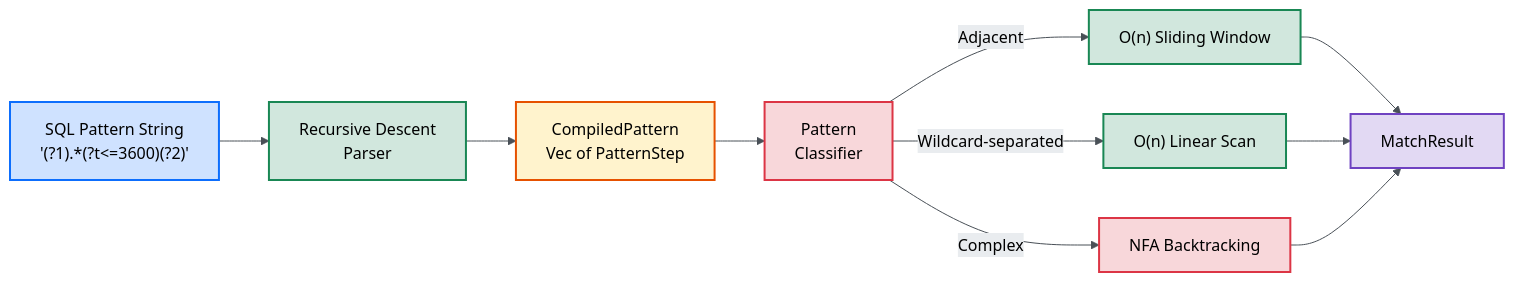
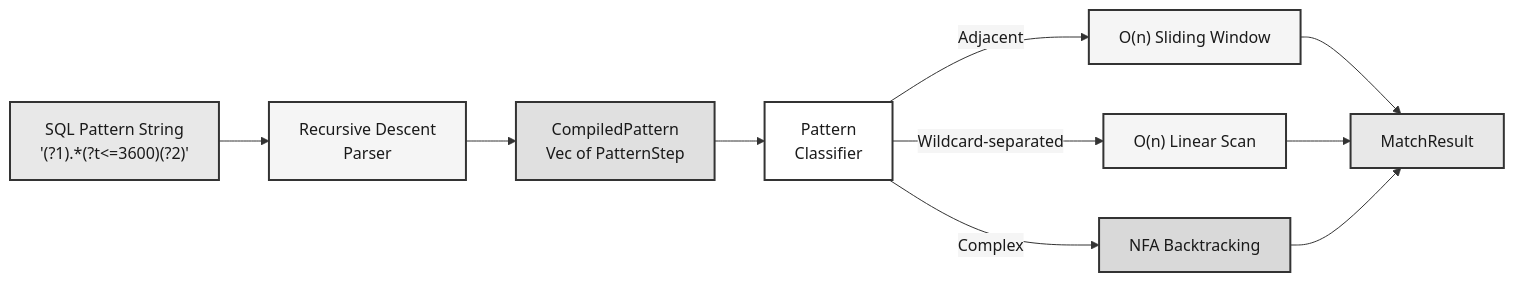
One commit to tomtom215/duckdb-behavioral changed the first of 2 diagrams in docs/src/internals/architecture.md. Above: the diagram before and after it, drawn with Mermaid. The commit also changed other lines of this file and 16 other files, not shown here.

First line of the commit message:
Enterprise quality: 23 new tests (411→434), Mermaid grayscale, doc updates

````diff
--- a/docs/src/internals/architecture.md
+++ b/docs/src/internals/architecture.md
@@ -120,27 +120,27 @@
 ```mermaid
-%%{init: {'theme': 'base', 'themeVariables': {'primaryColor': '#f8f9fa', 'primaryTextColor': '#000000', 'primaryBorderColor': '#495057', 'lineColor': '#495057', 'secondaryColor': '#e9ecef', 'tertiaryColor': '#dee2e6', 'textColor': '#000000'}}}%%
+%%{init: {'theme': 'base', 'themeVariables': {'primaryColor': '#ffffff', 'primaryTextColor': '#1a1a1a', 'primaryBorderColor': '#333333', 'lineColor': '#333333', 'secondaryColor': '#f5f5f5', 'tertiaryColor': '#e0e0e0', 'textColor': '#1a1a1a'}}}%%
 flowchart LR
     SQL["SQL Pattern String<br/>'(?1).*(?t<=3600)(?2)'"]
     PARSE["Recursive Descent<br/>Parser"]
     CP["CompiledPattern<br/>Vec of PatternStep"]
     CLASS["Pattern<br/>Classifier"]
 
     SQL --> PARSE --> CP --> CLASS
 
     CLASS -->|Adjacent| ADJ["O(n) Sliding Window"]
     CLASS -->|Wildcard-separated| WC["O(n) Linear Scan"]
     CLASS -->|Complex| NFA["NFA Backtracking"]
 
     ADJ --> RES["MatchResult"]
     WC --> RES
     NFA --> RES
 
-    style SQL fill:#cfe2ff,stroke:#0d6efd,stroke-width:2px,color:#000000
-    style PARSE fill:#d1e7dd,stroke:#198754,stroke-width:2px,color:#000000
-    style CP fill:#fff3cd,stroke:#e65100,stroke-width:2px,color:#000000
-    style CLASS fill:#f8d7da,stroke:#dc3545,stroke-width:2px,color:#000000
-    style ADJ fill:#d1e7dd,stroke:#198754,stroke-width:2px,color:#000000
-    style WC fill:#d1e7dd,stroke:#198754,stroke-width:2px,color:#000000
-    style NFA fill:#f8d7da,stroke:#dc3545,stroke-width:2px,color:#000000
-    style RES fill:#e2d9f3,stroke:#6f42c1,stroke-width:2px,color:#000000
+    style SQL fill:#e8e8e8,stroke:#333333,stroke-width:2px,color:#1a1a1a
+    style PARSE fill:#f5f5f5,stroke:#333333,stroke-width:2px,color:#1a1a1a
+    style CP fill:#e0e0e0,stroke:#333333,stroke-width:2px,color:#1a1a1a
+    style CLASS fill:#ffffff,stroke:#333333,stroke-width:2px,color:#1a1a1a
+    style ADJ fill:#f5f5f5,stroke:#333333,stroke-width:2px,color:#1a1a1a
+    style WC fill:#f5f5f5,stroke:#333333,stroke-width:2px,color:#1a1a1a
+    style NFA fill:#d9d9d9,stroke:#333333,stroke-width:2px,color:#1a1a1a
+    style RES fill:#e8e8e8,stroke:#333333,stroke-width:2px,color:#1a1a1a
 ```
````
